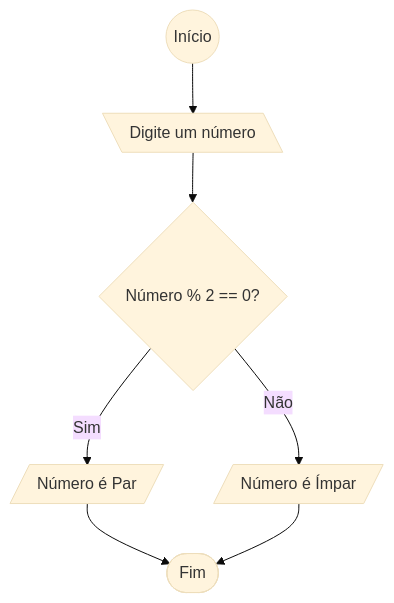
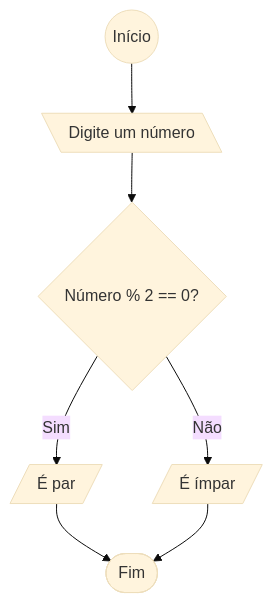
One commit to gabrrkl7/LP_SENAI changed the ninth of 10 diagrams in lista_de_exercicios/LP_Lista_01/README.md. Above: the diagram before and after it, drawn with Mermaid (base theme). The commit also changed other lines of this file and 21 other files, not shown here.

````diff
--- a/lista_de_exercicios/LP_Lista_01/README.md
+++ b/lista_de_exercicios/LP_Lista_01/README.md
@@ -130,9 +129,9 @@
    ```mermaid
    flowchart TD
-    start(( Início )) --> input[\ Digite um número \]
-    input --> verification{Número % 2 == 0?}
-    verification --> |Sim| A[/ Número é Par /]
-    verification --> |Não| B[/ Número é Ímpar /]
-    A --> finish([ Fim ])
-    B --> finish
+        start(( Início )) --> input[\ Digite um número \]
+        input --> check{ Número % 2 == 0? }
+        check --> |Sim| par[/ É par /]
+        check --> |Não| impar[/ É ímpar /]
+        par --> fim([ Fim ])
+        impar --> fim
    ```
````
